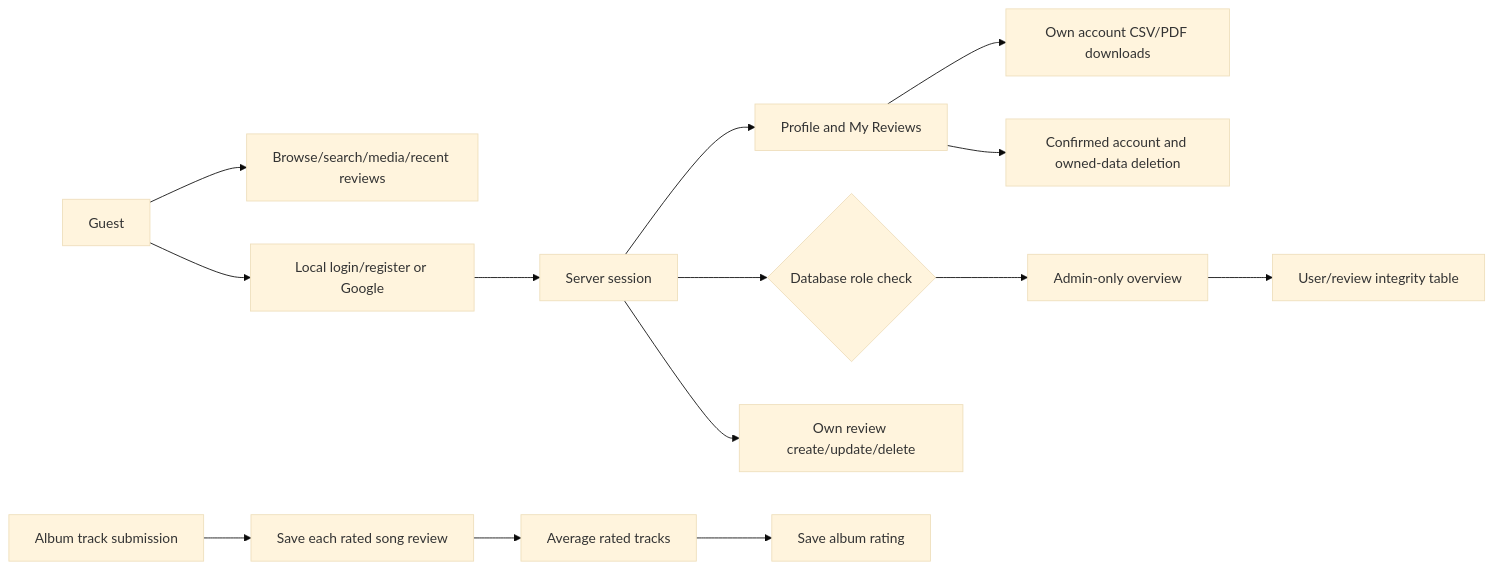
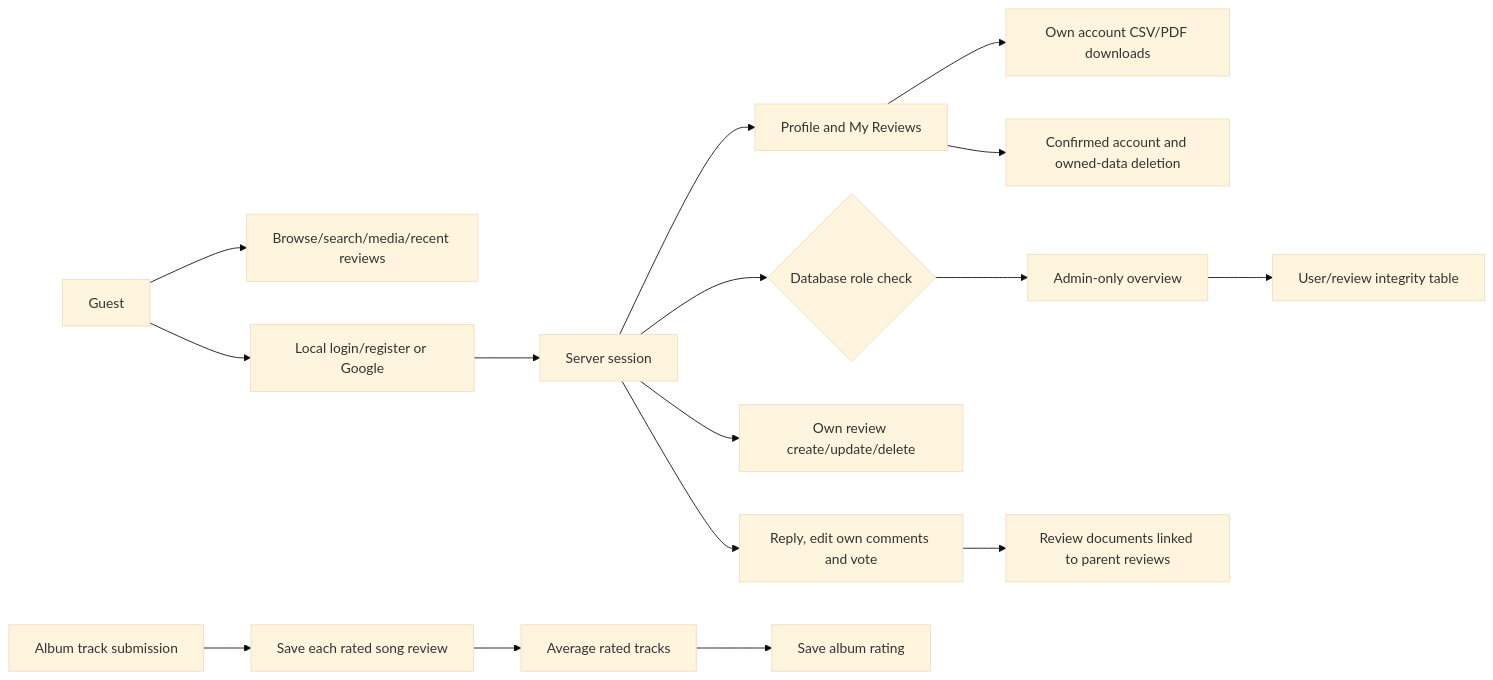
Before and after one commit to Data-strucures-finalProject/HearSay: the second of 2 diagrams in docs/ARCHITECTURE.md, drawn with Mermaid (base theme). The commit also changed other lines of this file and 66 other files, not shown here.

````diff
--- a/docs/ARCHITECTURE.md
+++ b/docs/ARCHITECTURE.md
@@ -27,16 +27,18 @@
 ```mermaid
 flowchart LR
     Guest[Guest] --> Public[Browse/search/media/recent reviews]
     Guest --> Auth[Local login/register or Google]
     Auth --> Session[Server session]
     Session --> Profile[Profile and My Reviews]
     Profile --> Export[Own account CSV/PDF downloads]
     Profile --> Delete[Confirmed account and owned-data deletion]
     Session --> Role{Database role check}
     Role --> Admin[Admin-only overview]
     Admin --> Integrity[User/review integrity table]
     Session --> Write[Own review create/update/delete]
+    Session --> Discussion[Reply, edit own comments and vote]
+    Discussion --> Threads[Review documents linked to parent reviews]
     Album[Album track submission] --> Songs[Save each rated song review]
     Songs --> Average[Average rated tracks]
     Average --> AlbumReview[Save album rating]
 ```
````
